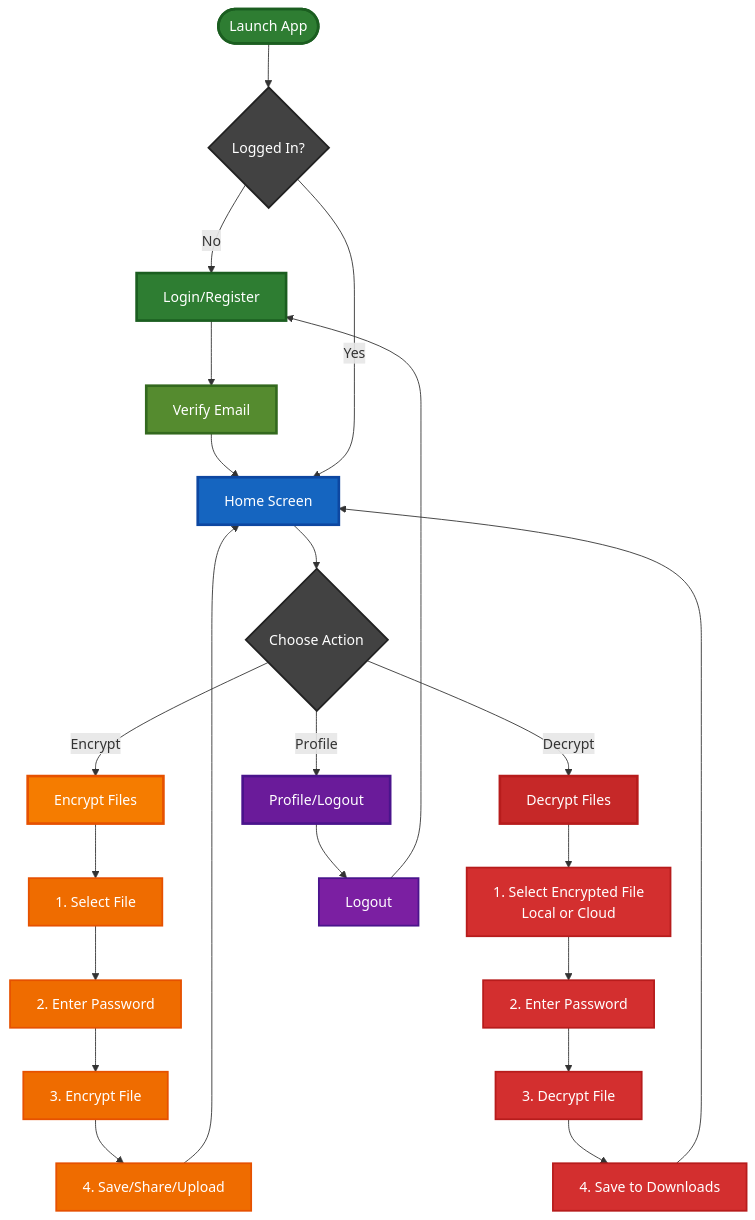
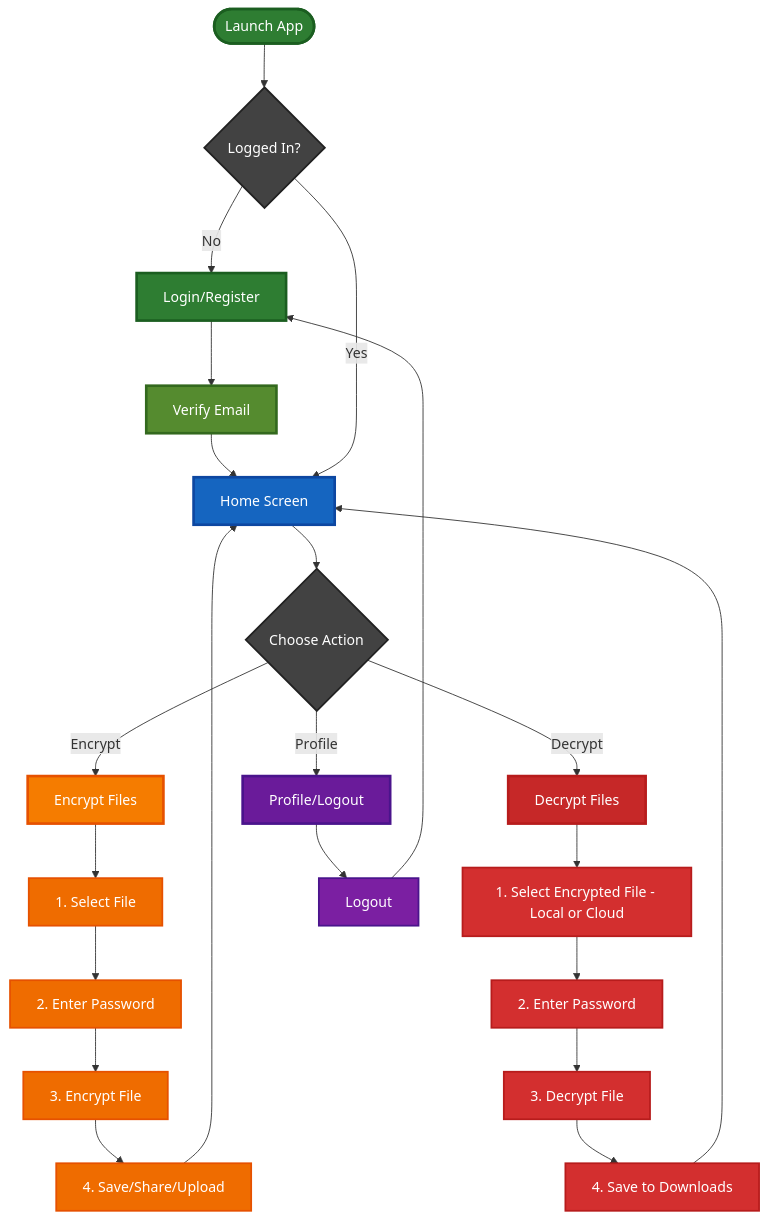
The first of 3 diagrams in APP_FLOW_DIAGRAM.md (njpatil-28/File-Cryptor), drawn with Mermaid before and after one commit. The commit also changed other lines of this file, not shown here.

````diff
--- a/APP_FLOW_DIAGRAM.md
+++ b/APP_FLOW_DIAGRAM.md
@@ -5,58 +5,58 @@
 ```mermaid
 graph TD
     Start([Launch App]) --> CheckAuth{Logged In?}
 
     %% Authentication Flow
     CheckAuth -->|No| Login[Login/Register]
     Login --> VerifyEmail[Verify Email]
     VerifyEmail --> Home[Home Screen]
     CheckAuth -->|Yes| Home
 
     %% Main Navigation
     Home --> Choose{Choose Action}
     Choose -->|Encrypt| Encrypt[Encrypt Files]
     Choose -->|Decrypt| Decrypt[Decrypt Files]
     Choose -->|Profile| Profile[Profile/Logout]
 
     %% Encryption Flow
     Encrypt --> E1[1. Select File]
     E1 --> E2[2. Enter Password]
     E2 --> E3[3. Encrypt File]
     E3 --> E4[4. Save/Share/Upload]
     E4 --> Home
 
     %% Decryption Flow
-    Decrypt --> D1[1. Select Encrypted File<br/>Local or Cloud]
+    Decrypt --> D1[1. Select Encrypted File - Local or Cloud]
     D1 --> D2[2. Enter Password]
     D2 --> D3[3. Decrypt File]
     D3 --> D4[4. Save to Downloads]
     D4 --> Home
 
     %% Profile Flow
     Profile --> Logout[Logout]
     Logout --> Login
 
     %% Better contrast colors with white text
     style Start fill:#2e7d32,stroke:#1b5e20,stroke-width:3px,color:#fff
     style Home fill:#1565c0,stroke:#0d47a1,stroke-width:3px,color:#fff
     style Encrypt fill:#f57c00,stroke:#e65100,stroke-width:3px,color:#fff
     style Decrypt fill:#c62828,stroke:#b71c1c,stroke-width:3px,color:#fff
     style Profile fill:#6a1b9a,stroke:#4a148c,stroke-width:3px,color:#fff
     style Login fill:#2e7d32,stroke:#1b5e20,stroke-width:3px,color:#fff
     style VerifyEmail fill:#558b2f,stroke:#33691e,stroke-width:3px,color:#fff
 
     style CheckAuth fill:#424242,stroke:#212121,stroke-width:2px,color:#fff
     style Choose fill:#424242,stroke:#212121,stroke-width:2px,color:#fff
 
     style E1 fill:#ef6c00,stroke:#e65100,stroke-width:2px,color:#fff
     style E2 fill:#ef6c00,stroke:#e65100,stroke-width:2px,color:#fff
     style E3 fill:#ef6c00,stroke:#e65100,stroke-width:2px,color:#fff
     style E4 fill:#ef6c00,stroke:#e65100,stroke-width:2px,color:#fff
 
     style D1 fill:#d32f2f,stroke:#b71c1c,stroke-width:2px,color:#fff
     style D2 fill:#d32f2f,stroke:#b71c1c,stroke-width:2px,color:#fff
     style D3 fill:#d32f2f,stroke:#b71c1c,stroke-width:2px,color:#fff
     style D4 fill:#d32f2f,stroke:#b71c1c,stroke-width:2px,color:#fff
 
     style Logout fill:#7b1fa2,stroke:#4a148c,stroke-width:2px,color:#fff
 ```
````
